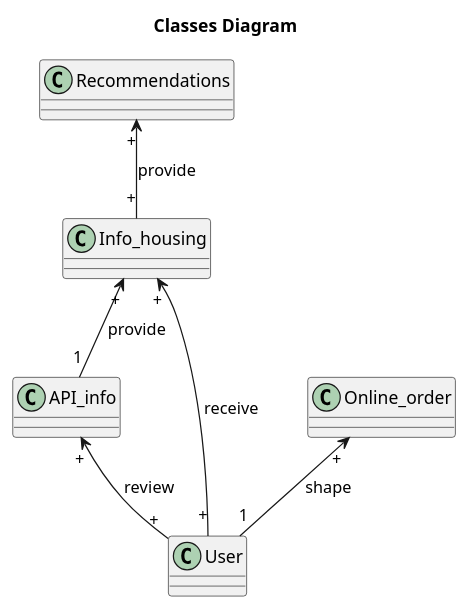
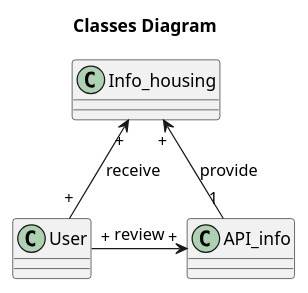
The diagram in 2-SoftwareDesign/2.7-PlantUML/UML-ConceptClasses.puml (oleksandrblazhko/ai202-nezhivih), drawn with PlantUML before and after one commit.

```diff
--- a/2-SoftwareDesign/2.7-PlantUML/UML-ConceptClasses.puml
+++ b/2-SoftwareDesign/2.7-PlantUML/UML-ConceptClasses.puml
@@ -1,15 +1,11 @@
 @startuml
 title Classes Diagram
 
 Class User
-Class Online_order
 Class API_info
 Class Info_housing
-Class Recommendations
 
-User"+" -up-> "+"API_info : review
-User"1" -up-> "+"Online_order : shape
+User"+" -> "+"API_info : review
 User"+" -up-> "+"Info_housing : receive
 API_info"1" -up-> "+"Info_housing : provide
-Info_housing"+" -up-> "+"Recommendations : provide
 @enduml
```
